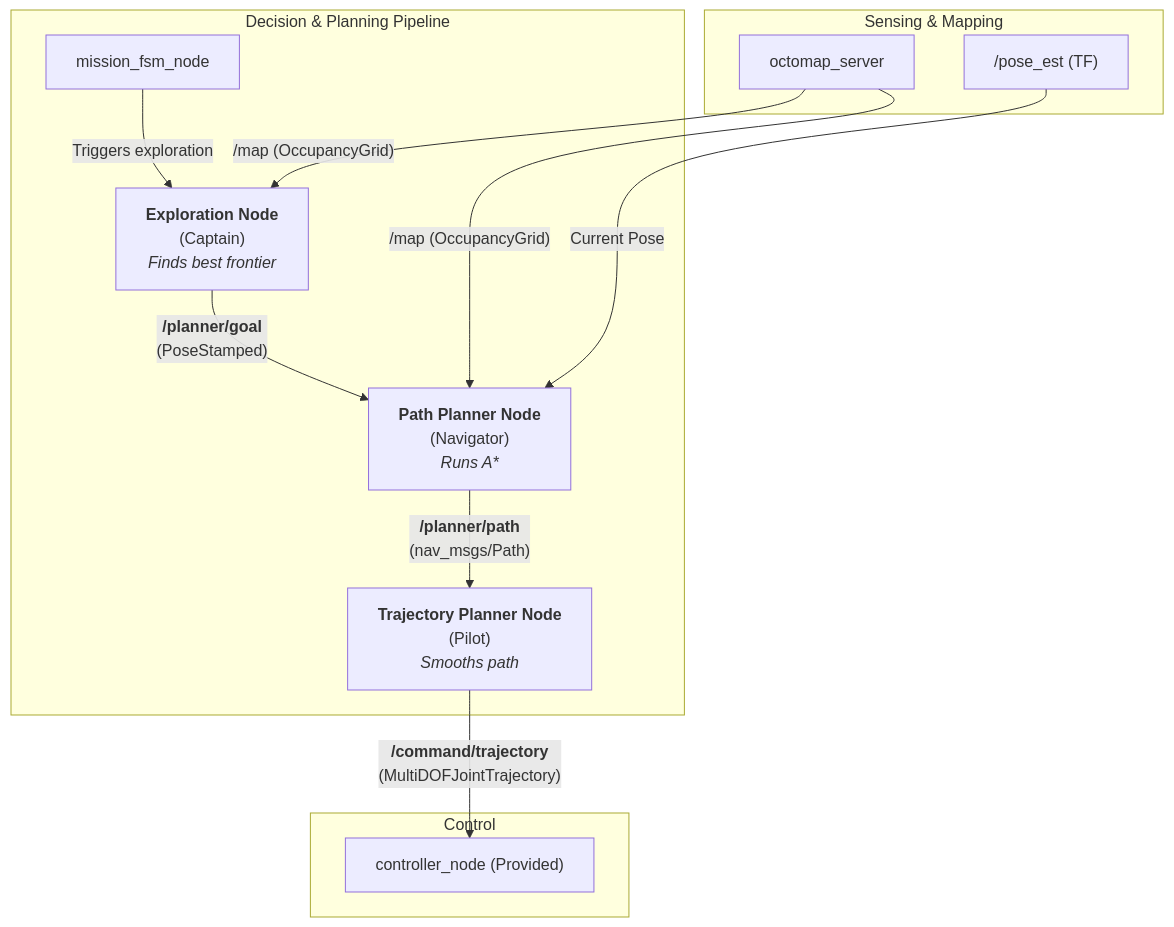
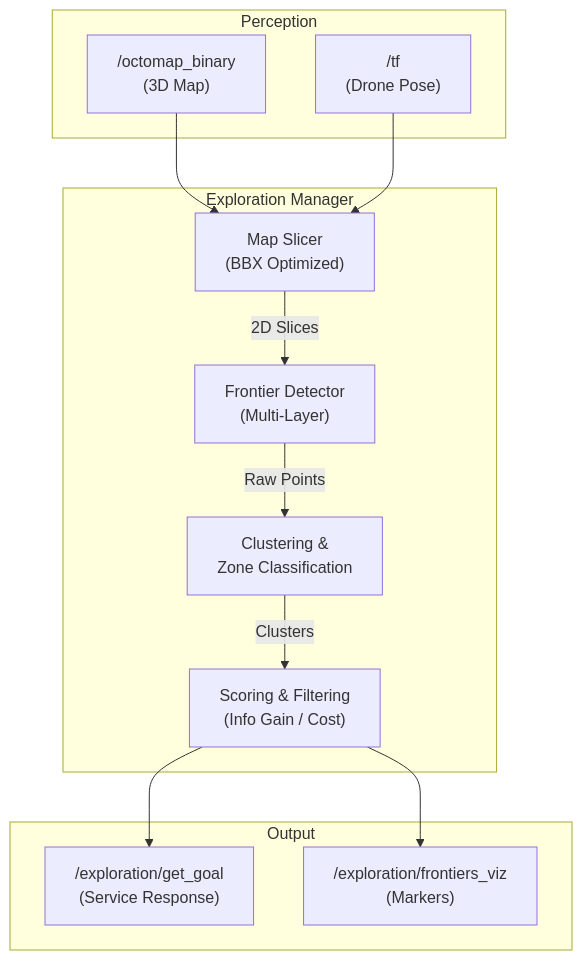
The diagram in ros2_ws/src/exploring/README.md (AlejandroMerinoArias/Final_Assigment-main), drawn with Mermaid before and after one commit. The commit also changed other lines of this file and 28 other files, not shown here.

````diff
--- a/ros2_ws/src/exploring/README.md
+++ b/ros2_ws/src/exploring/README.md
@@ -7,30 +17,27 @@
 ```mermaid
 graph TD
-    subgraph "Sensing & Mapping"
-        octomap_server["octomap_server"]
-        pose_source["/pose_est (TF)"]
+    subgraph "Perception"
+        octomap["/octomap_binary<br>(3D Map)"]
+        tf["/tf<br>(Drone Pose)"]
     end
 
-    subgraph "Decision & Planning Pipeline"
-        FSM[mission_fsm_node] -- Triggers exploration --> exploration_node
-        exploration_node["<b>Exploration Node</b><br>(Captain)<br><i>Finds best frontier</i>"]
-        path_planner["<b>Path Planner Node</b><br>(Navigator)<br><i>Runs A*</i>"]
-        trajectory_planner["<b>Trajectory Planner Node</b><br>(Pilot)<br><i>Smooths path</i>"]
+    subgraph "Exploration Manager"
+        slicer["Map Slicer<br>(BBX Optimized)"]
+        frontier_det["Frontier Detector<br>(Multi-Layer)"]
+        clustering["Clustering &<br>Zone Classification"]
+        scoring["Scoring & Filtering<br>(Info Gain / Cost)"]
     end
 
-    subgraph "Control"
-        controller["controller_node (Provided)"]
+    subgraph "Output"
+        goal["/exploration/get_goal<br>(Service Response)"]
+        viz["/exploration/frontiers_viz<br>(Markers)"]
     end
 
-    %% Data Flow
-    octomap_server -- "/map (OccupancyGrid)" --> exploration_node
-    octomap_server -- "/map (OccupancyGrid)" --> path_planner
-
-    exploration_node -- "<b>/planner/goal</b><br>(PoseStamped)" --> path_planner
-
-    pose_source -- "Current Pose" --> path_planner
-
-    path_planner -- "<b>/planner/path</b><br>(nav_msgs/Path)" --> trajectory_planner
-
-    trajectory_planner -- "<b>/command/trajectory</b><br>(MultiDOFJointTrajectory)" --> controller
+    octomap --> slicer
+    tf --> slicer
+    slicer -- "2D Slices" --> frontier_det
+    frontier_det -- "Raw Points" --> clustering
+    clustering -- "Clusters" --> scoring
+    scoring --> goal
+    scoring --> viz
 ```
````
